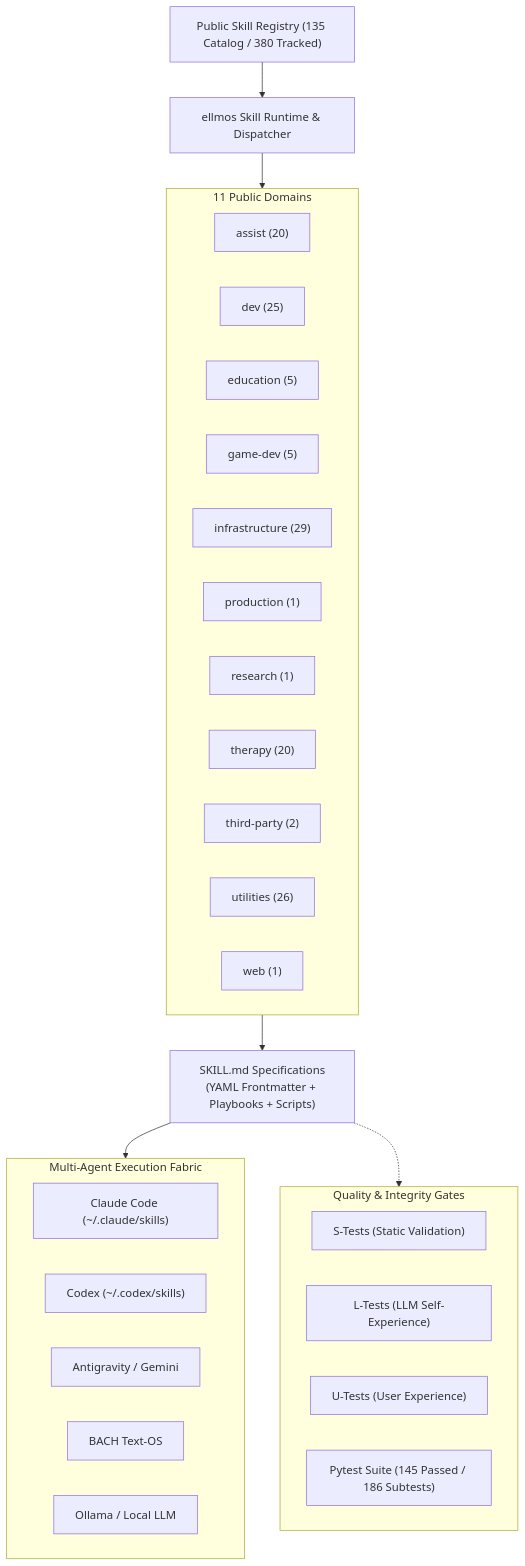
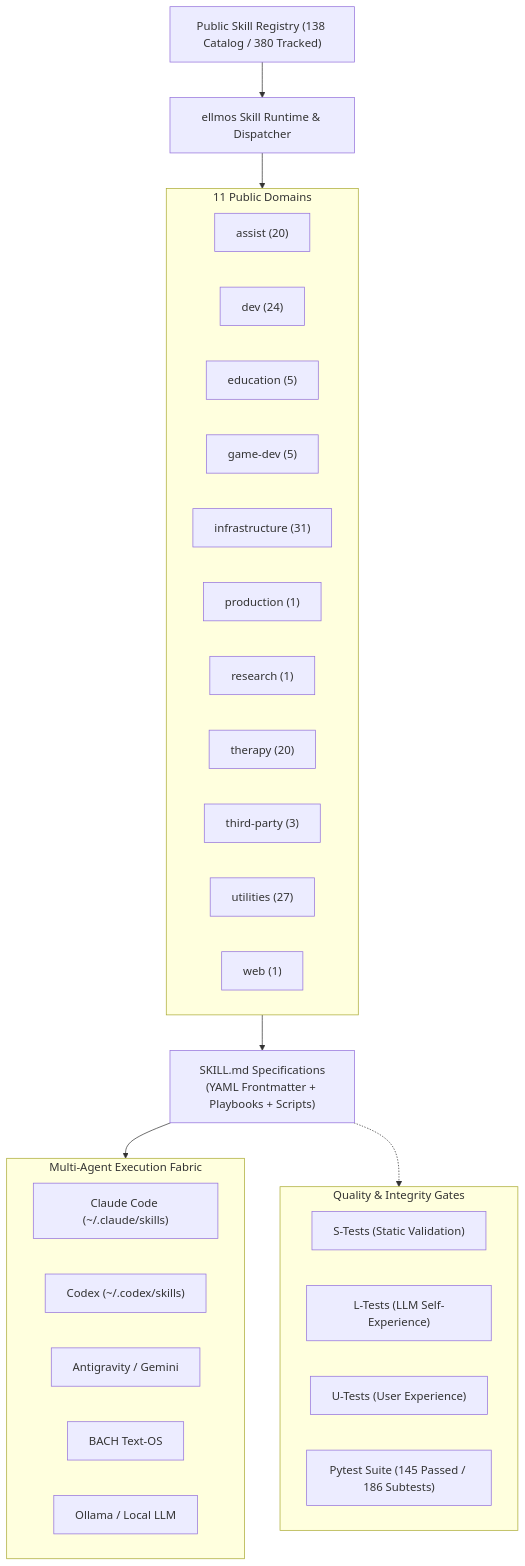
The first of 2 diagrams in README.md (ellmos-ai/skills), drawn with Mermaid before and after one commit. The commit also changed other lines of this file and 7 other files, not shown here.

````diff
--- a/README.md
+++ b/README.md
@@ -45,40 +45,40 @@
 ```mermaid
 flowchart TD
-    Registry["Public Skill Registry (135 Catalog / 380 Tracked)"] --> Engine["ellmos Skill Runtime & Dispatcher"]
+    Registry["Public Skill Registry (138 Catalog / 380 Tracked)"] --> Engine["ellmos Skill Runtime & Dispatcher"]
     
     subgraph Catalog ["11 Public Domains"]
         Assist["assist (20)"]
-        Dev["dev (25)"]
+        Dev["dev (24)"]
         Edu["education (5)"]
         Game["game-dev (5)"]
-        Infra["infrastructure (29)"]
+        Infra["infrastructure (31)"]
         Prod["production (1)"]
         Res["research (1)"]
         Therapy["therapy (20)"]
-        ThirdParty["third-party (2)"]
-        Utils["utilities (26)"]
+        ThirdParty["third-party (3)"]
+        Utils["utilities (27)"]
         Web["web (1)"]
     end
     
     Engine --> Catalog
     Catalog --> Artifacts["SKILL.md Specifications\n(YAML Frontmatter + Playbooks + Scripts)"]
     
     subgraph MultiAgentRuntimes ["Multi-Agent Execution Fabric"]
         ClaudeCode["Claude Code (~/.claude/skills)"]
         Codex["Codex (~/.codex/skills)"]
         AGY["Antigravity / Gemini"]
         BACH["BACH Text-OS"]
         LocalOllama["Ollama / Local LLM"]
     end
     
     Artifacts --> MultiAgentRuntimes
     
     subgraph QualityGates ["Quality & Integrity Gates"]
         STests["S-Tests (Static Validation)"]
         LTests["L-Tests (LLM Self-Experience)"]
         UTests["U-Tests (User Experience)"]
         PytestSuite["Pytest Suite (145 Passed / 186 Subtests)"]
     end
     
     Artifacts -.-> QualityGates
 ```
````
